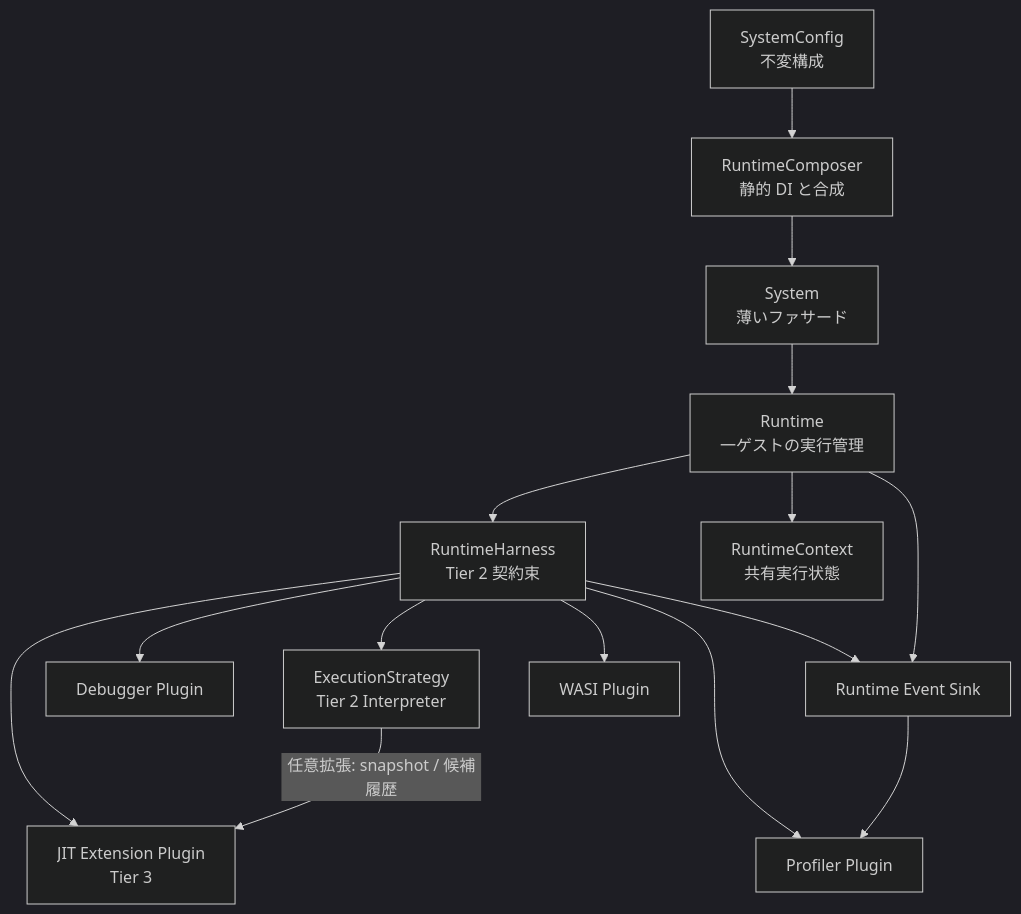
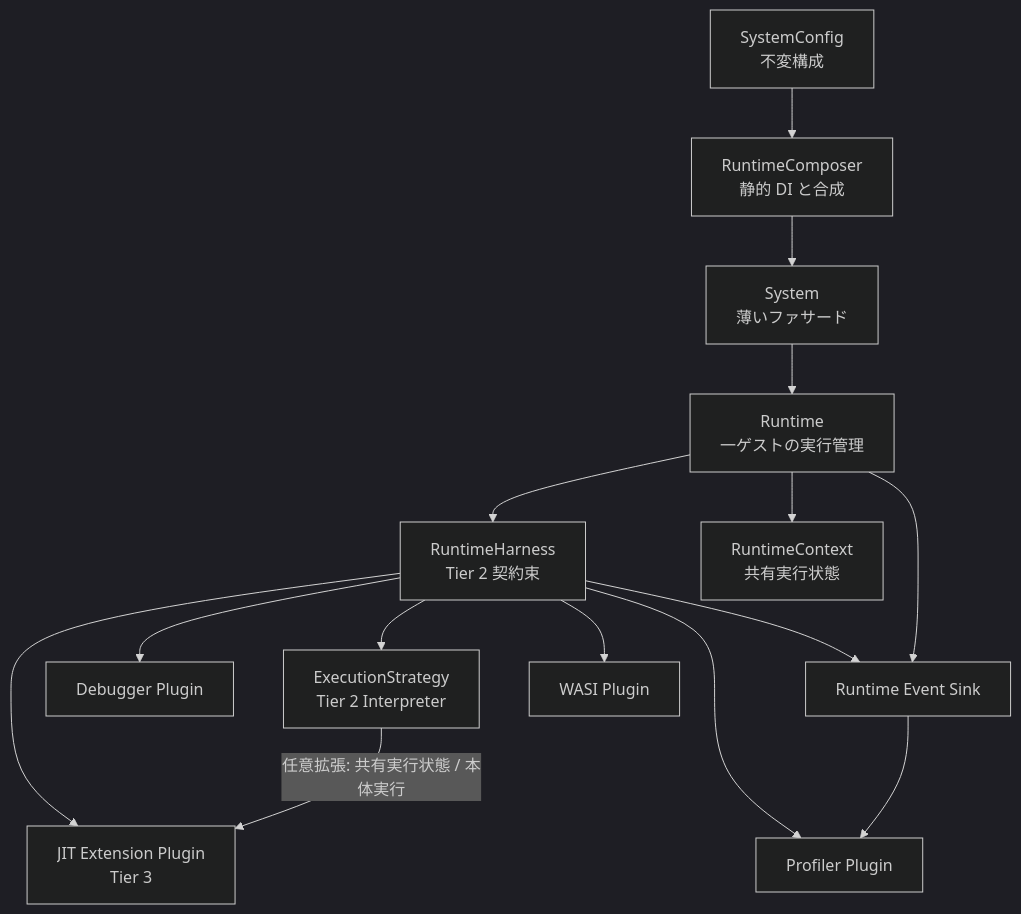
Before and after one commit to kmt-t/fireball: the first of 2 diagrams in docs/components/tier2_runtime/runtime_plugin_architecture.md, drawn with Mermaid (dark theme). The commit also changed other lines of this file and 24 other files, not shown here.

````diff
--- a/docs/components/tier2_runtime/runtime_plugin_architecture.md
+++ b/docs/components/tier2_runtime/runtime_plugin_architecture.md
@@ -46,17 +46,17 @@
 ```mermaid
 graph TD
     Config[SystemConfig<br/>不変構成] --> Composer[RuntimeComposer<br/>静的 DI と合成]
     Composer --> System[System<br/>薄いファサード]
     System --> Runtime[Runtime<br/>一ゲストの実行管理]
     Runtime --> Harness[RuntimeHarness<br/>Tier 2 契約束]
     Harness --> Exec[ExecutionStrategy<br/>Tier 2 Interpreter]
     Harness --> JitRuntime[JIT Extension Plugin<br/>Tier 3]
     Harness --> Debugger[Debugger Plugin]
     Harness --> Profiler[Profiler Plugin]
     Harness --> EventSink[Runtime Event Sink]
     Harness --> Wasi[WASI Plugin]
     Runtime --> Context[RuntimeContext<br/>共有実行状態]
     Runtime --> EventSink
     EventSink --> Profiler
-    Exec -->|任意拡張: snapshot / 候補履歴| JitRuntime
+    Exec -->|任意拡張: 共有実行状態 / 本体実行| JitRuntime
 ```
````
